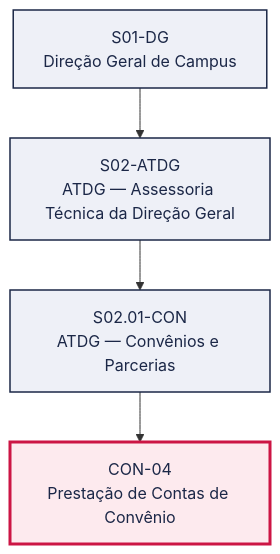
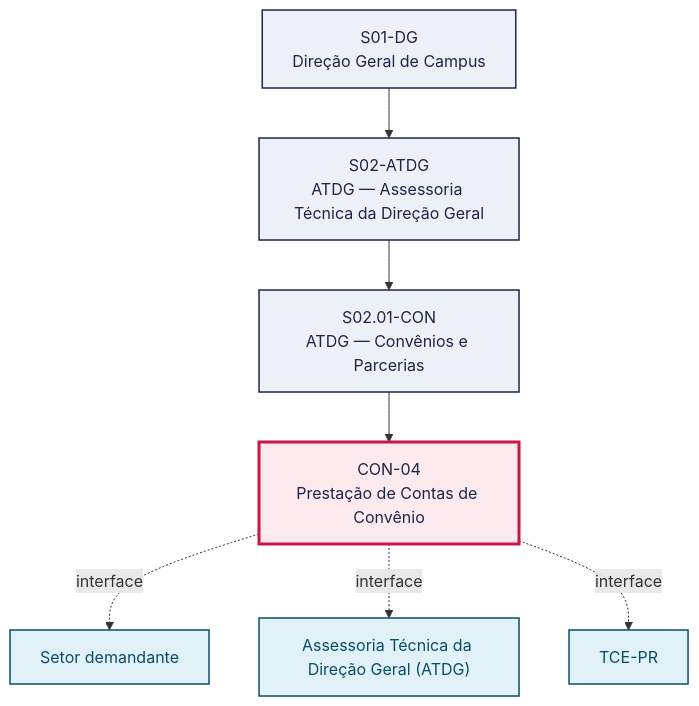
One commit to jessefers/canvas-vivo-atdg changed the first of 2 diagrams in pops/CON/CON-04.md. Above: the diagram before and after it, drawn with Mermaid. The commit also changed other lines of this file and 61 other files, not shown here.

````diff
--- a/pops/CON/CON-04.md
+++ b/pops/CON/CON-04.md
@@ -49,15 +51,22 @@
 ```mermaid
 graph TD
   S01_DG["S01-DG<br/>Direção Geral de Campus"]
   S02_ATDG["S02-ATDG<br/>ATDG — Assessoria Técnica da Direção Geral"]
   S01_DG --> S02_ATDG
   S02_01_CON["S02.01-CON<br/>ATDG — Convênios e Parcerias"]
   S02_ATDG --> S02_01_CON
   P["CON-04<br/>Prestação de Contas de Convênio"]
   S02_01_CON --> P
+  V1["Setor demandante"]
+  P -. interface .-> V1
+  V2["Assessoria Técnica da Direção Geral (ATDG)"]
+  P -. interface .-> V2
+  V3["TCE-PR"]
+  P -. interface .-> V3
   classDef setor fill:#EEF0F7,stroke:#1B2747,stroke-width:1.5px,color:#1B2747
   classDef destaque fill:#FDEAEE,stroke:#CC1544,stroke-width:3px,color:#1B2747
   classDef vizinho fill:#E0F2F8,stroke:#0B4D66,stroke-width:1.5px,color:#0B4D66
   class S01_DG,S02_ATDG,S02_01_CON setor
   class P destaque
+  class V1,V2,V3 vizinho
 ```
````
